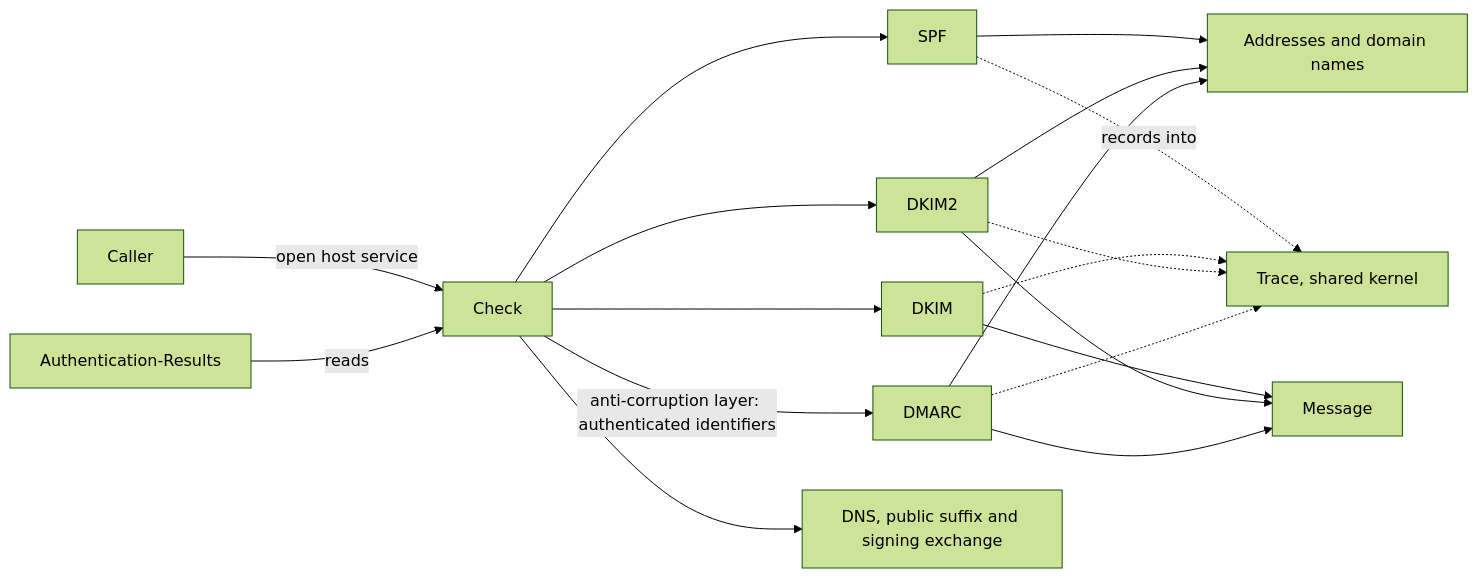
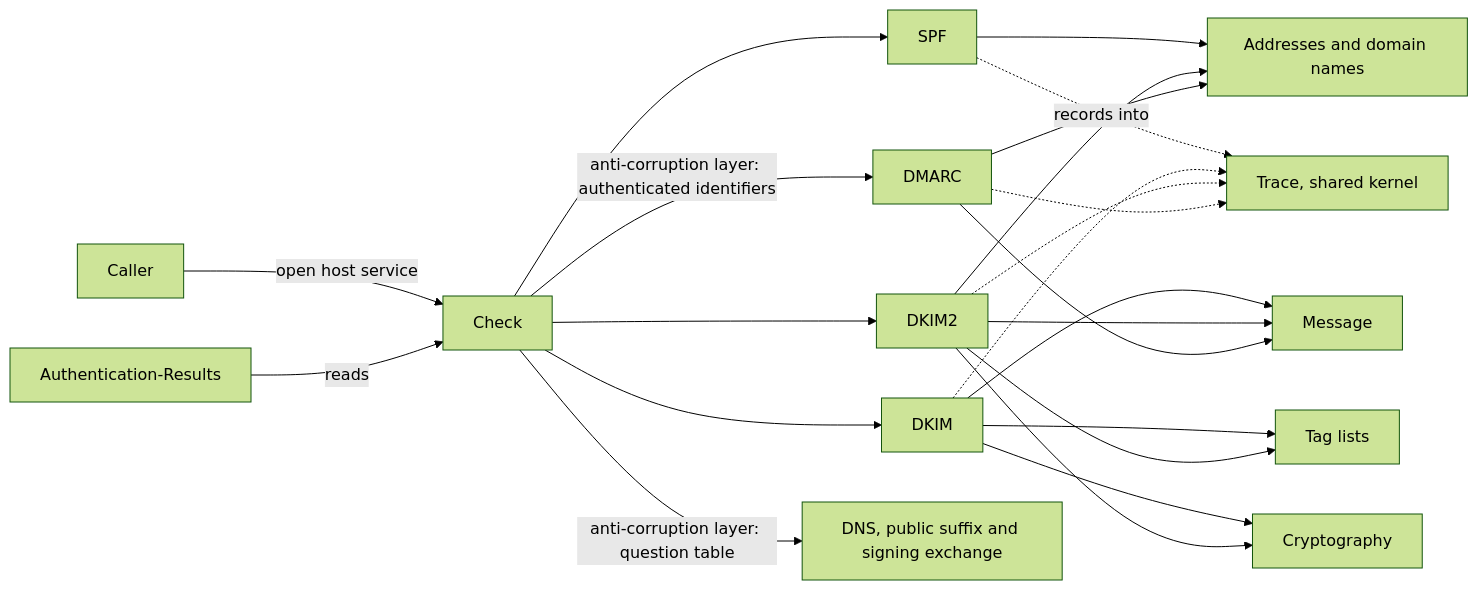
Before and after one commit to photom/hallmark: the first of 6 diagrams in docs/reference/design/domain-model.md, drawn with Mermaid (forest theme). The commit also changed other lines of this file and 16 other files, not shown here.

First line of the commit message:
Design the internal modules, and separate the external and internal architecture (#18)

````diff
--- a/docs/reference/design/domain-model.md
+++ b/docs/reference/design/domain-model.md
@@ -18,20 +18,24 @@
 ```mermaid
 flowchart LR
     caller["Caller"] -->|"open host service"| check["Check"]
     check --> spf["SPF"]
     check --> dkim["DKIM"]
     check --> dkim2["DKIM2"]
     check -->|"anti-corruption layer: authenticated identifiers"| dmarc["DMARC"]
-    check --> exchange["DNS, public suffix and signing exchange"]
+    check -->|"anti-corruption layer: question table"| exchange["DNS, public suffix and signing exchange"]
     spf --> addr["Addresses and domain names"]
     dkim --> msg["Message"]
+    dkim --> tags["Tag lists"]
+    dkim --> crypto["Cryptography"]
     dkim2 --> msg
     dkim2 --> addr
+    dkim2 --> tags
+    dkim2 --> crypto
     dmarc --> msg
     dmarc --> addr
     authres["Authentication-Results"] -->|"reads"| check
     spf -.->|"records into"| trace["Trace, shared kernel"]
     dkim -.-> trace
     dkim2 -.-> trace
     dmarc -.-> trace
 ```
````
